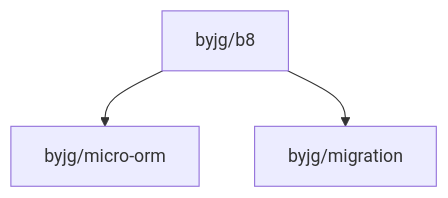
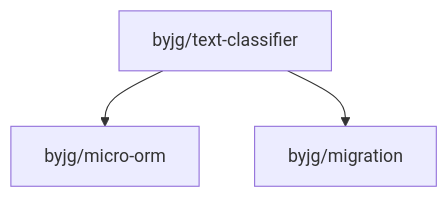
The diagram in README.md (byjg/php-text-classifier), drawn with Mermaid before and after one commit. The commit also changed other lines of this file and 61 other files, not shown here.

````diff
--- a/README.md
+++ b/README.md
@@ -84,5 +84,5 @@
 ```mermaid
 flowchart TD
-    byjg/b8 --> byjg/micro-orm
-    byjg/b8 --> byjg/migration
+    byjg/text-classifier --> byjg/micro-orm
+    byjg/text-classifier --> byjg/migration
 ```
````
